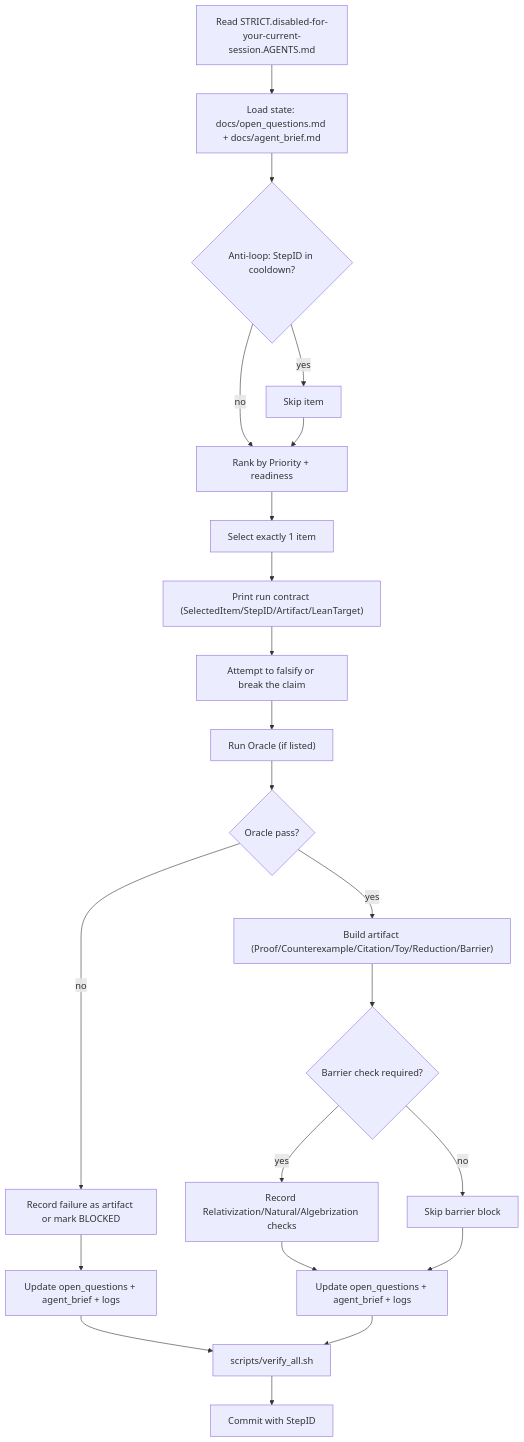
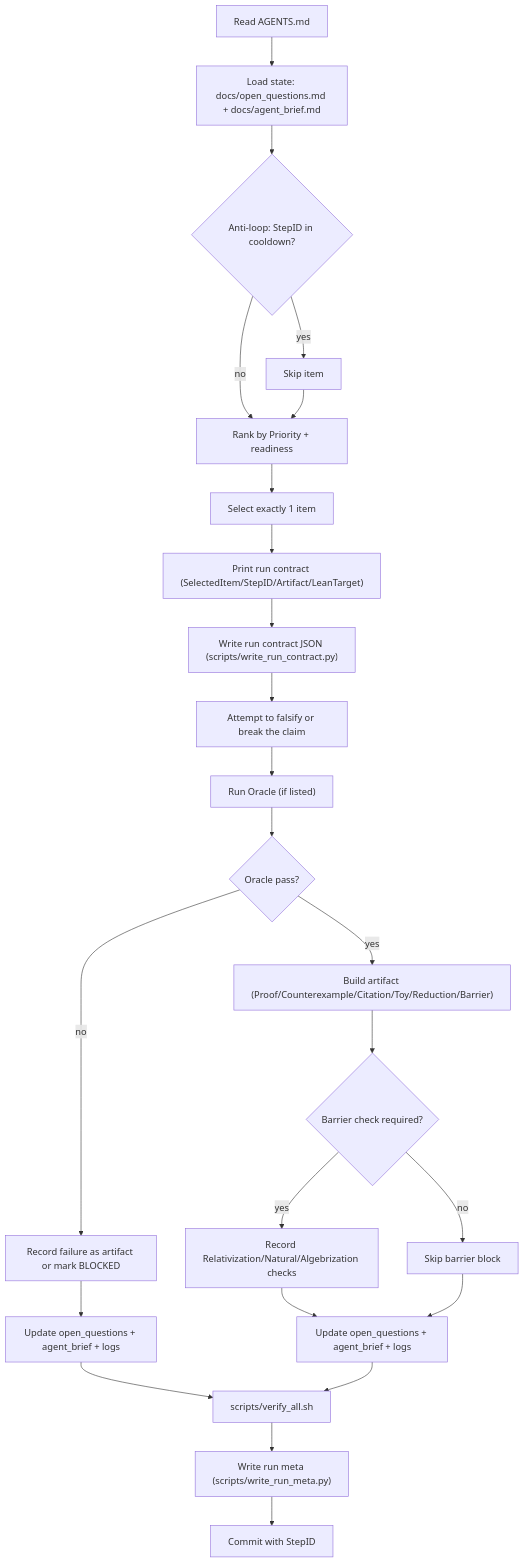
Before and after one commit to Xopoko/Experiment-26_P_vs_NP: the fourth of 15 diagrams in ARCHITECTURE.md, drawn with Mermaid. The commit also changed other lines of this file and 15 other files, not shown here.

Commit message:
Enforce run contracts and update agent workflow

````diff
--- a/ARCHITECTURE.md
+++ b/ARCHITECTURE.md
@@ -153,24 +168,26 @@
 ```mermaid
 flowchart TD
-  A["Read STRICT.disabled-for-your-current-session.AGENTS.md"] --> B["Load state: docs/open_questions.md + docs/agent_brief.md"]
+  A["Read AGENTS.md"] --> B["Load state: docs/open_questions.md + docs/agent_brief.md"]
   B --> C{"Anti-loop: StepID in cooldown?"}
   C -->|yes| D["Skip item"]
   C -->|no| E["Rank by Priority + readiness"]
   D --> E
   E --> F["Select exactly 1 item"]
   F --> G["Print run contract (SelectedItem/StepID/Artifact/LeanTarget)"]
-  G --> H["Attempt to falsify or break the claim"]
+  G --> G1["Write run contract JSON (scripts/write_run_contract.py)"]
+  G1 --> H["Attempt to falsify or break the claim"]
   H --> I["Run Oracle (if listed)"]
   I --> J{"Oracle pass?"}
   J -->|no| K["Record failure as artifact or mark BLOCKED"]
   J -->|yes| L["Build artifact (Proof/Counterexample/Citation/Toy/Reduction/Barrier)"]
   K --> M["Update open_questions + agent_brief + logs"]
   L --> N{"Barrier check required?"}
   N -->|yes| O["Record Relativization/Natural/Algebrization checks"]
   N -->|no| P["Skip barrier block"]
   O --> Q["Update open_questions + agent_brief + logs"]
   P --> Q
   M --> R["scripts/verify_all.sh"]
   Q --> R
-  R --> S["Commit with StepID"]
+  R --> S["Write run meta (scripts/write_run_meta.py)"]
+  S --> T["Commit with StepID"]
 ```
````
